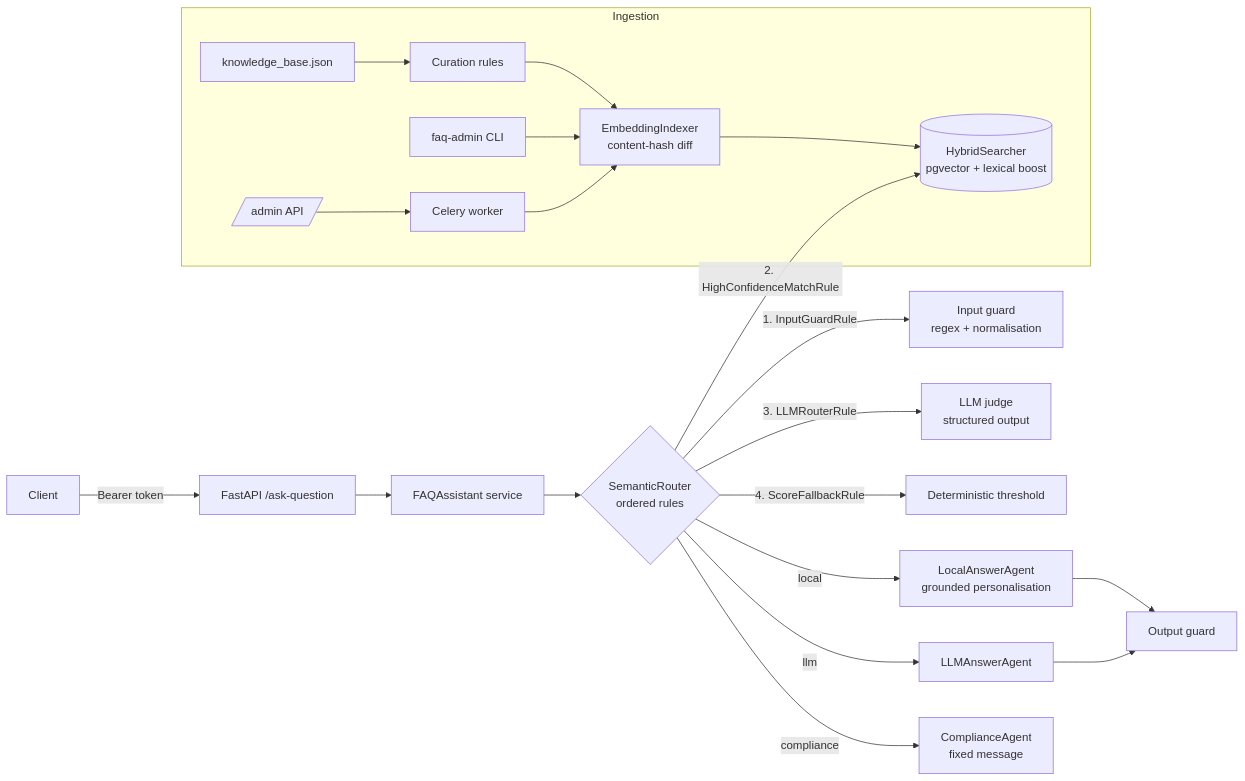
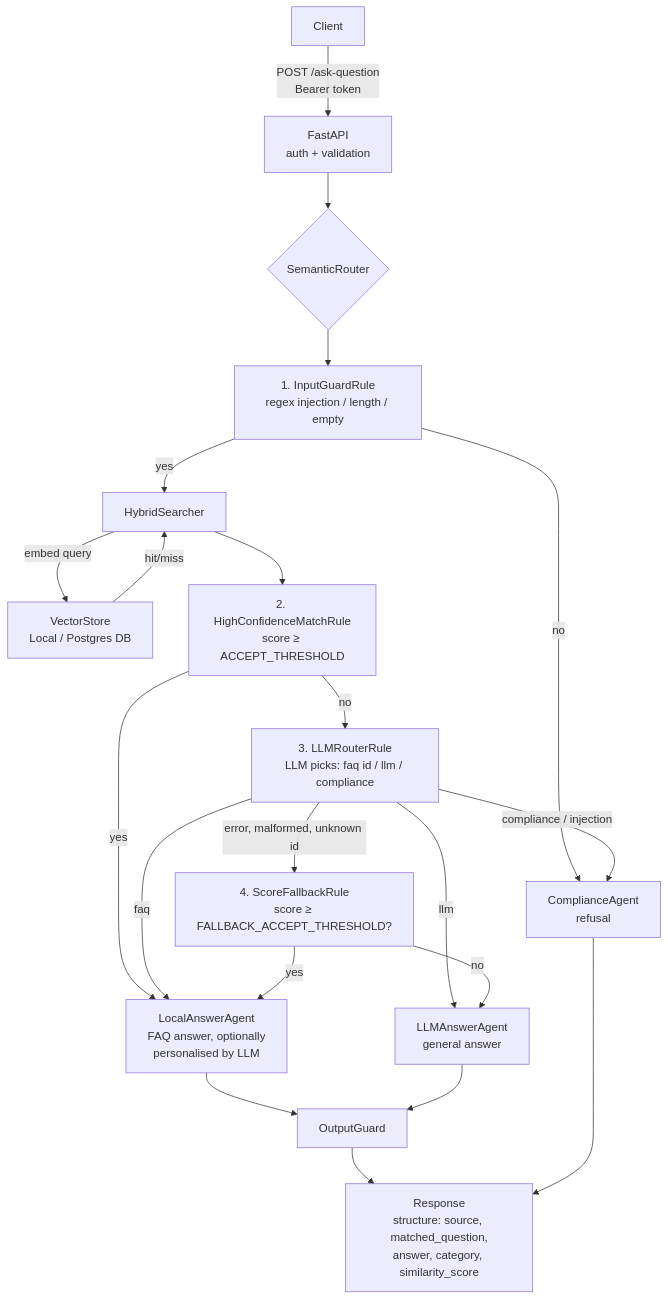
The first of 2 diagrams in README.md (mirunachindea/semantic-faq-assistant), drawn with Mermaid before and after one commit. The commit also changed other lines of this file, not shown here.

````diff
--- a/README.md
+++ b/README.md
@@ -66,19 +17,26 @@
 ```mermaid
-flowchart LR
-    C[Client] -->|Bearer token| API[FastAPI /ask-question]
-    API --> S[FAQAssistant service]
-    S --> R{SemanticRouter<br/>ordered rules}
-    R -->|1. InputGuardRule| G[Input guard<br/>regex + normalisation]
-    R -->|2. HighConfidenceMatchRule| H[(HybridSearcher<br/>pgvector + lexical boost)]
-    R -->|3. LLMRouterRule| L[LLM judge<br/>structured output]
-    R -->|4. ScoreFallbackRule| F[Deterministic threshold]
-    R -- local --> LA[LocalAnswerAgent<br/>grounded personalisation]
-    R -- llm --> LL[LLMAnswerAgent]
-    R -- compliance --> CA[ComplianceAgent<br/>fixed message]
-    LA & LL --> OG[Output guard]
-    subgraph Ingestion
-      KB[knowledge_base.json] --> CU[Curation rules] --> IX[EmbeddingIndexer<br/>content-hash diff] --> H
-      CLI[faq-admin CLI] --> IX
-      AD[/admin API/] --> W[Celery worker] --> IX
-    end
+flowchart TD
+    C[Client] -->|POST /ask-question<br/>Bearer token| API[FastAPI<br/>auth + validation]
+    API --> R{SemanticRouter}
+
+    R --> G[1. InputGuardRule<br/>regex injection / length / empty]
+    G -->|no| COMP[ComplianceAgent<br/>refusal]
+    G -->|yes| S[HybridSearcher]
+
+    S --> |embed query|V[VectorStore<br/>Local / Postgres DB]
+    V --> |hit/miss|S
+    S --> H[2. HighConfidenceMatchRule<br/>score ≥ ACCEPT_THRESHOLD]
+    H -->|yes| LOC[LocalAnswerAgent<br/>FAQ answer, optionally<br/>personalised by LLM]
+    H -->|no| L[3. LLMRouterRule<br/>LLM picks: faq id / llm / compliance]
+    L -->|faq| LOC
+    L -->|llm| LLM[LLMAnswerAgent<br/>general answer]
+    L -->|compliance / injection| COMP
+    L -->|error, malformed, unknown id| F[4. ScoreFallbackRule<br/>score ≥ FALLBACK_ACCEPT_THRESHOLD?]
+    F -->|yes| LOC
+    F -->|no| LLM
+
+    LOC --> OG[OutputGuard]
+    LLM --> OG
+    OG --> RESP[Response<br/>structure: source, matched_question,<br/>answer, category, similarity_score]
+    COMP --> RESP
 ```
````
